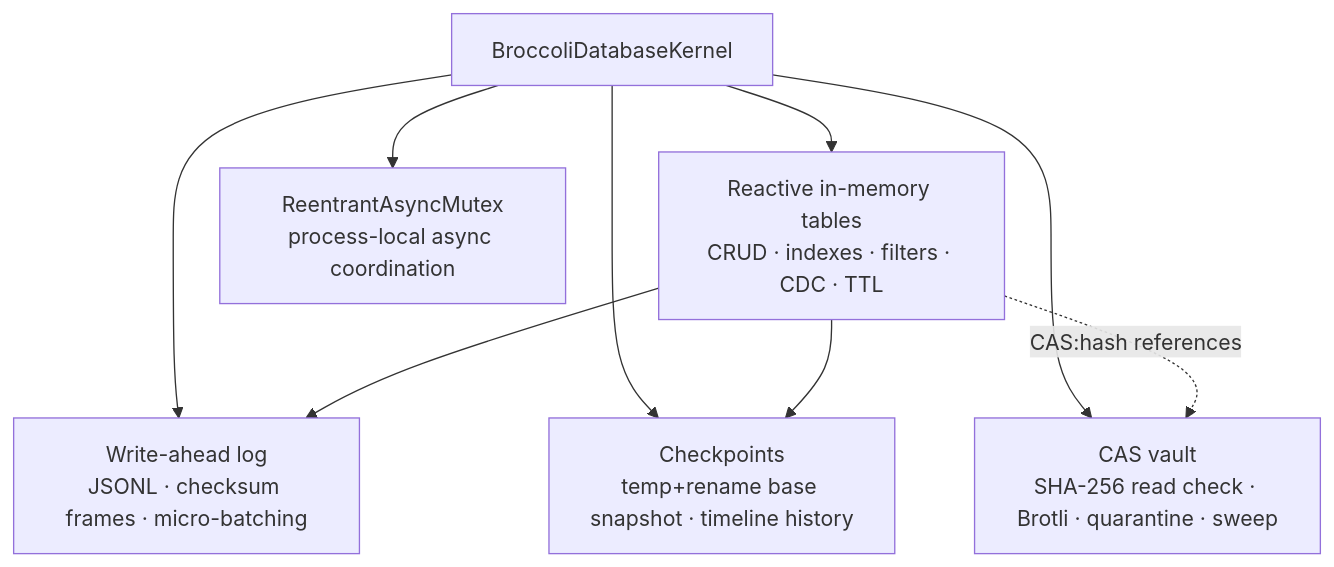
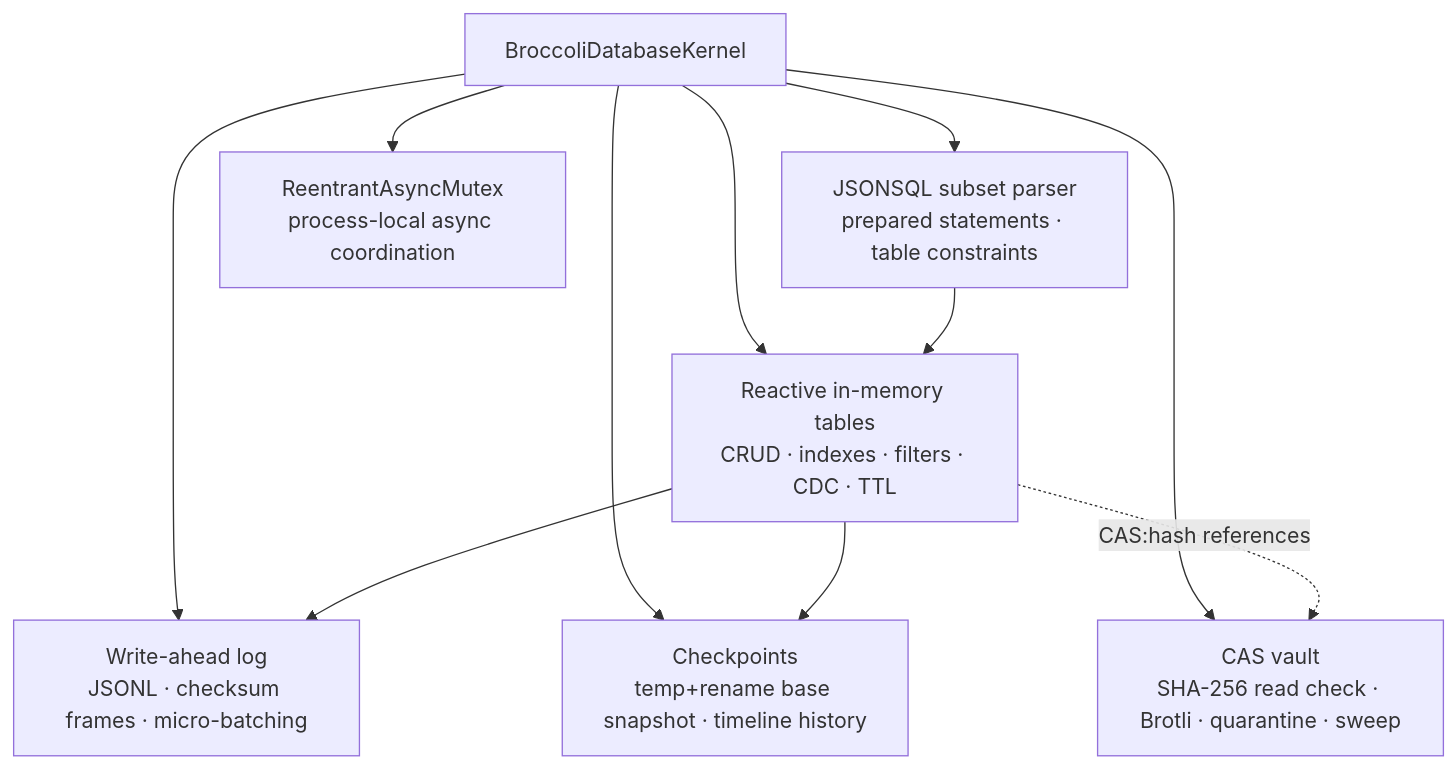
One commit to CardSorting/ABroccoliDB changed the first of 2 diagrams in docs/ARCHITECTURE.md. Above: the diagram before and after it, drawn with Mermaid. The commit also changed other lines of this file and 52 other files, not shown here.

````diff
--- a/docs/ARCHITECTURE.md
+++ b/docs/ARCHITECTURE.md
@@ -9,18 +9,21 @@
 ```mermaid
 flowchart TB
     K[BroccoliDatabaseKernel]
+    Q[JSONSQL subset parser\nprepared statements · table constraints]
     T[Reactive in-memory tables\nCRUD · indexes · filters · CDC · TTL]
     W[Write-ahead log\nJSONL · checksum frames · micro-batching]
     C[Checkpoints\ntemp+rename base snapshot · timeline history]
     S[CAS vault\nSHA-256 read check · Brotli · quarantine · sweep]
     M[ReentrantAsyncMutex\nprocess-local async coordination]
 
     K --> T
+    K --> Q
+    Q --> T
     K --> W
     K --> C
     K --> S
     K --> M
     T --> W
     T --> C
     T -. CAS:hash references .-> S
 ```
````
